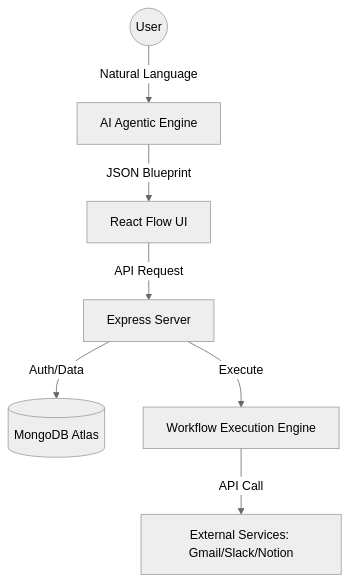
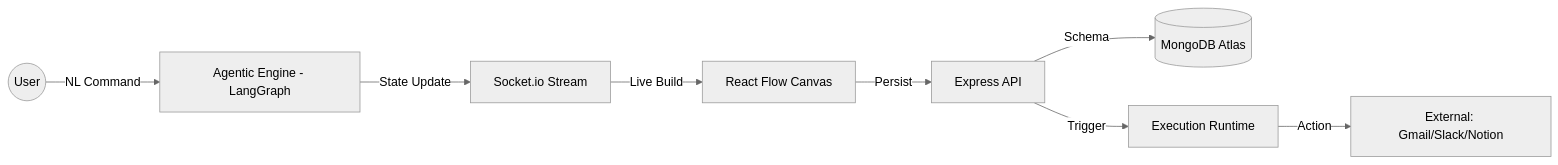
The diagram in README.md (nilo-yinc/ORvexia-1.0.0), drawn with Mermaid (neutral theme) before and after one commit. The commit also changed other lines of this file and 1 other file, not shown here.

````diff
--- a/README.md
+++ b/README.md
@@ -90,9 +86,10 @@
 ```mermaid
-graph TD
-    User((User)) -->|Natural Language| Copilot[AI Agentic Engine]
-    Copilot -->|JSON Blueprint| Canvas[React Flow UI]
-    Canvas -->|API Request| Express[Express Server]
-    Express -->|Auth/Data| MongoDB[(MongoDB Atlas)]
-    Express -->|Execute| NodeEngine[Workflow Execution Engine]
-    NodeEngine -->|API Call| External[External Services: Gmail/Slack/Notion]
+graph LR
+    User((User)) -->|NL Command| Agent[Agentic Engine - LangGraph]
+    Agent -->|State Update| Socket[Socket.io Stream]
+    Socket -->|Live Build| UI[React Flow Canvas]
+    UI -->|Persist| API[Express API]
+    API -->|Schema| DB[(MongoDB Atlas)]
+    API -->|Trigger| Exec[Execution Runtime]
+    Exec -->|Action| Apps[External: Gmail/Slack/Notion]
 ```
````
